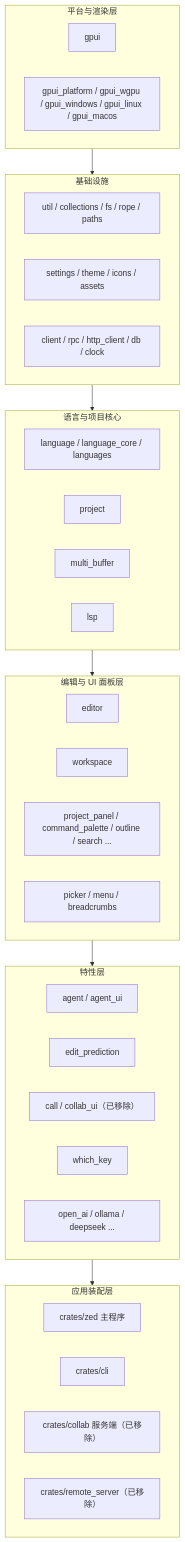
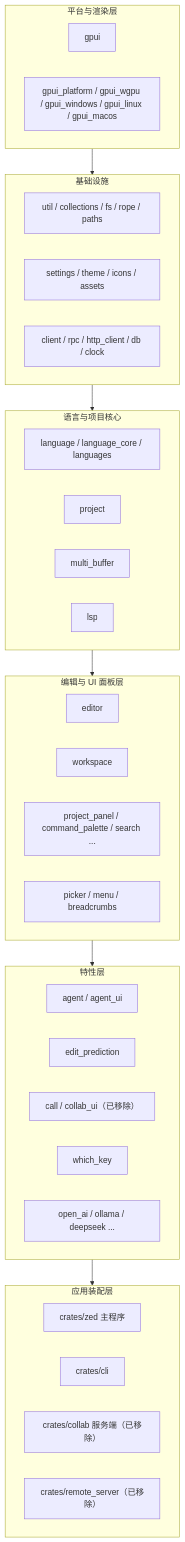
The diagram in wiki/Architecture.md (rzhangjing/zed), drawn with Mermaid before and after one commit. The commit also changed other lines of this file and 52 other files, not shown here.

````diff
--- a/wiki/Architecture.md
+++ b/wiki/Architecture.md
@@ -7,39 +7,39 @@
 ```mermaid
 graph TB
     subgraph L6[应用装配层]
         ZED[crates/zed 主程序]
         CLI[crates/cli]
         COLLAB["crates/collab 服务端（已移除）"]
         RS["crates/remote_server（已移除）"]
     end
     subgraph L5[特性层]
         AGENT[agent / agent_ui]
         PRED[edit_prediction]
         CALL["call / collab_ui（已移除）"]
         VIM[which_key]
         PROV[open_ai / ollama / deepseek ...]
     end
     subgraph L4[编辑与 UI 面板层]
         EDITOR[editor]
         WS[workspace]
-        PANELS[project_panel / command_palette / outline / search ...]
+        PANELS[project_panel / command_palette / search ...]
         PICKER[picker / menu / breadcrumbs]
     end
     subgraph L3[语言与项目核心]
         LANG[language / language_core / languages]
         PROJ[project]
         MB[multi_buffer]
         LSP[lsp]
     end
     subgraph L2[基础设施]
         UTIL[util / collections / fs / rope / paths]
         SET[settings / theme / icons / assets]
         NET[client / rpc / http_client / db / clock]
     end
     subgraph L1[平台与渲染层]
         GPUI[gpui]
         PLAT[gpui_platform / gpui_wgpu / gpui_windows / gpui_linux / gpui_macos]
     end
 
     L1 --> L2 --> L3 --> L4 --> L5 --> L6
 ```
````
